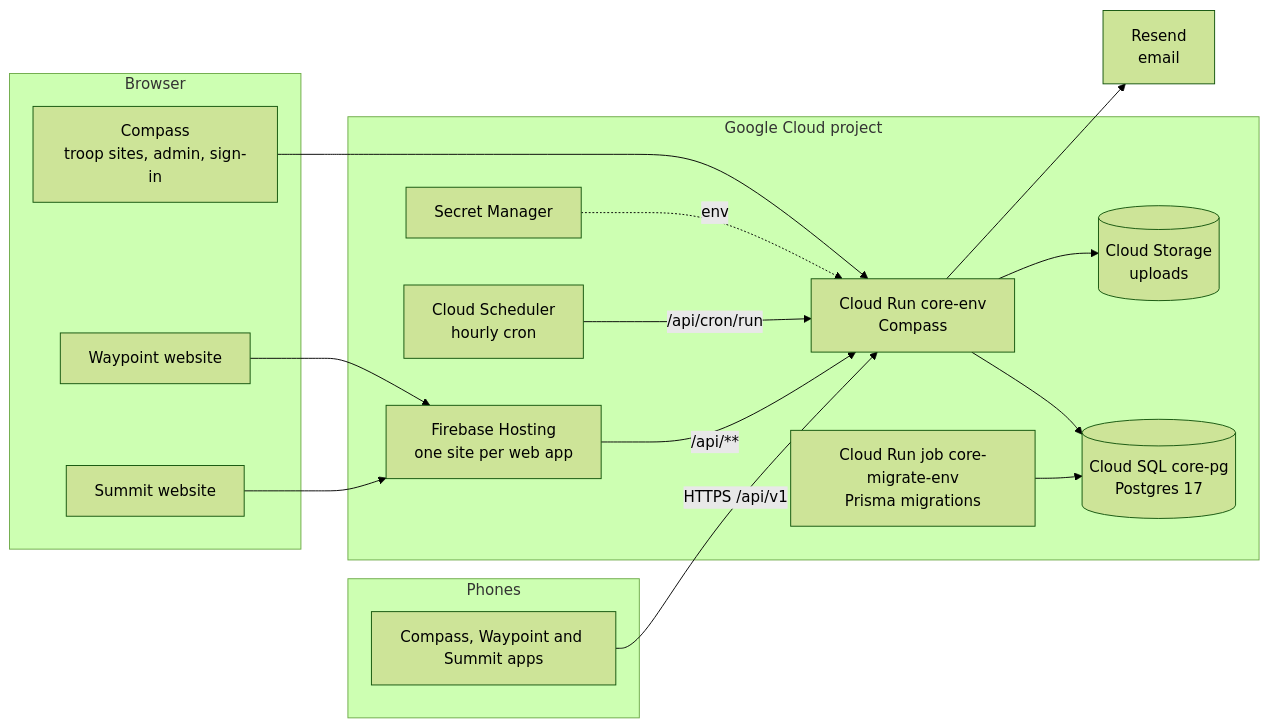
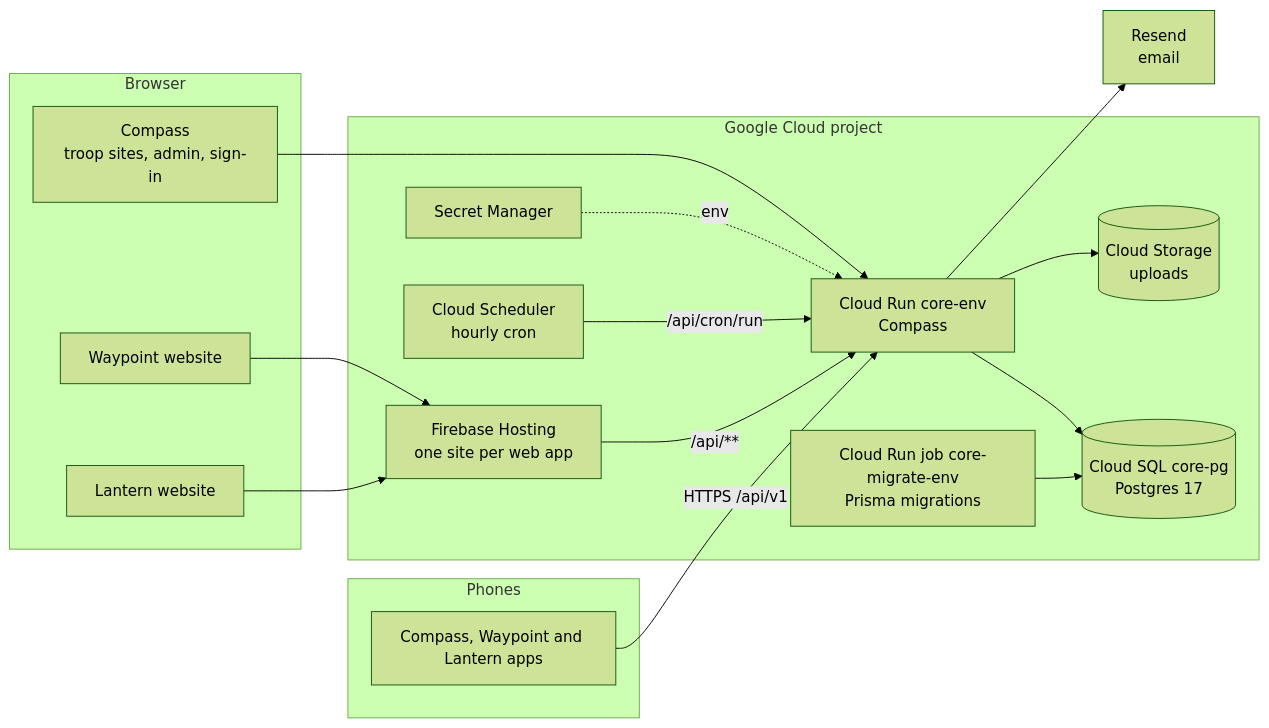
The diagram in docs/gcp-deployment.md (jonshern/Scouthosting), drawn with Mermaid (forest theme) before and after one commit. The commit also changed other lines of this file and 15 other files, not shown here.

First line of the commit message:
Rename Summit to Lantern

````diff
--- a/docs/gcp-deployment.md
+++ b/docs/gcp-deployment.md
@@ -9,32 +9,32 @@
 ```mermaid
 flowchart LR
   subgraph Phones
-    apps[Compass, Waypoint and Summit apps]
+    apps[Compass, Waypoint and Lantern apps]
   end
   subgraph Browser
     compass[Compass<br/>troop sites, admin, sign-in]
     waypoint[Waypoint website]
-    summit[Summit website]
+    lantern[Lantern website]
   end
   subgraph Google Cloud project
     run[Cloud Run core-env<br/>Compass]
     job[Cloud Run job core-migrate-env<br/>Prisma migrations]
     sql[(Cloud SQL core-pg<br/>Postgres 17)]
     gcs[(Cloud Storage<br/>uploads)]
     hosting[Firebase Hosting<br/>one site per web app]
     sm[Secret Manager]
     sched[Cloud Scheduler<br/>hourly cron]
   end
   mail[Resend<br/>email]
   compass --> run
   waypoint --> hosting
-  summit --> hosting
+  lantern --> hosting
   hosting -- "/api/**" --> run
   apps -- "HTTPS /api/v1" --> run
   run --> sql
   job --> sql
   run --> gcs
   run --> mail
   sched -- "/api/cron/run" --> run
   sm -. env .-> run
 ```
````
